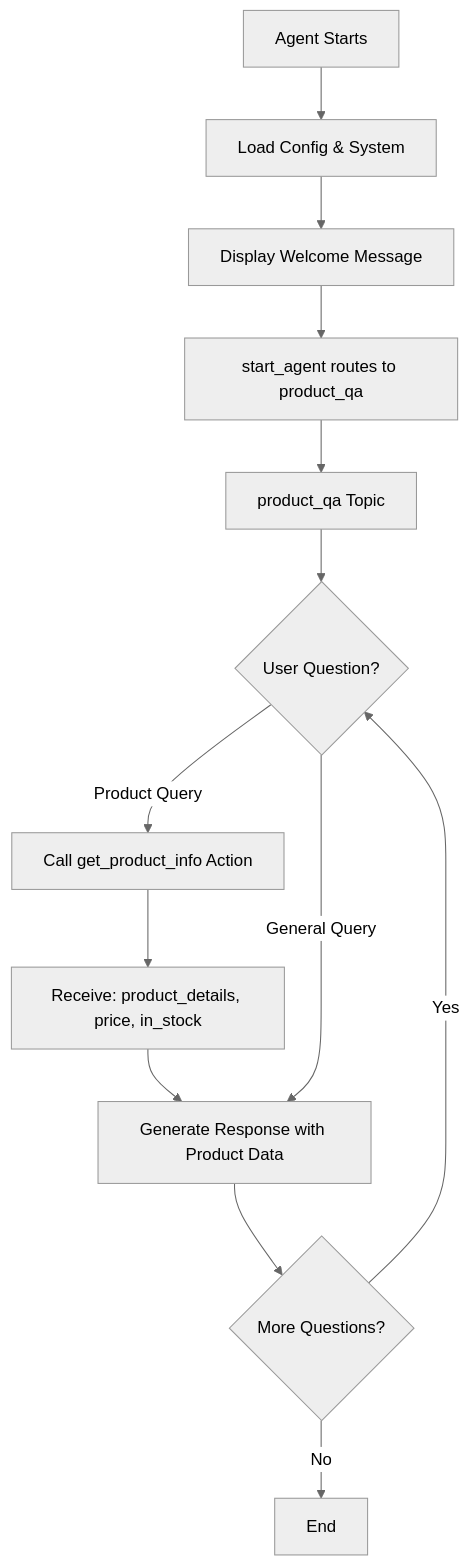
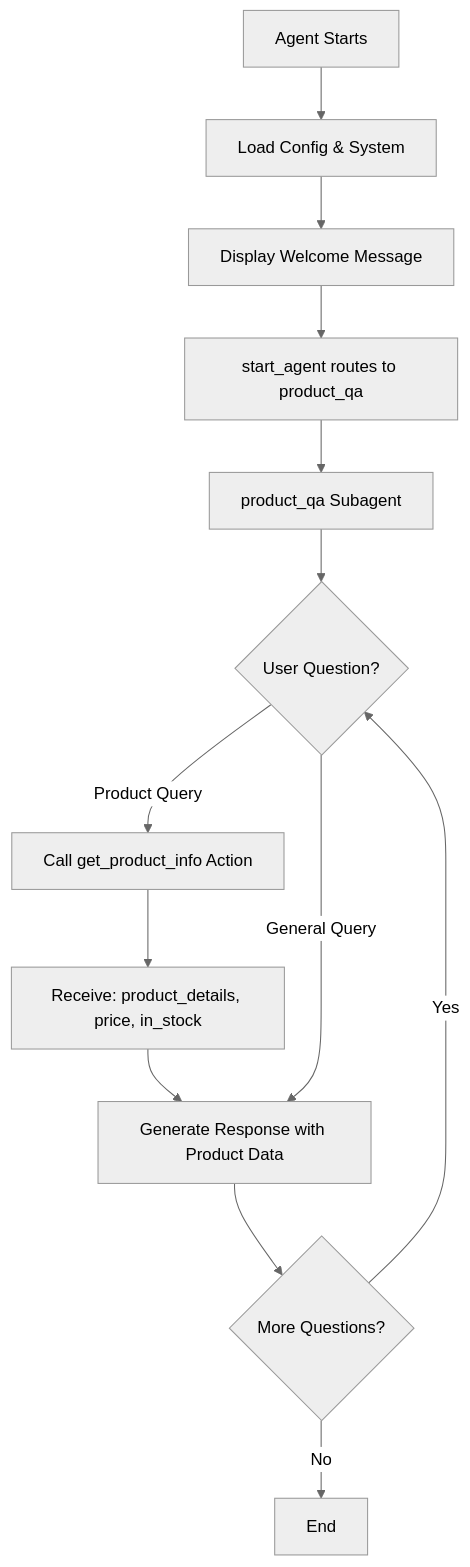
The diagram in force-app/main/04_architecturalPatterns/simpleQA/README.md (trailheadapps/agent-script-recipes), drawn with Mermaid before and after one commit. The commit also changed other lines of this file and 108 other files, not shown here.

````diff
--- a/force-app/main/04_architecturalPatterns/simpleQA/README.md
+++ b/force-app/main/04_architecturalPatterns/simpleQA/README.md
@@ -9,16 +9,16 @@
 ```mermaid
 %%{init: {'theme':'neutral'}}%%
 graph TD
     A[Agent Starts] --> B[Load Config & System]
     B --> C[Display Welcome Message]
     C --> D[start_agent routes to product_qa]
-    D --> E[product_qa Topic]
+    D --> E[product_qa Subagent]
     E --> F{User Question?}
     F -->|Product Query| G[Call get_product_info Action]
     G --> H[Receive: product_details, price, in_stock]
     H --> I[Generate Response with Product Data]
     F -->|General Query| I
     I --> J{More Questions?}
     J -->|Yes| F
     J -->|No| K[End]
 ```
````
